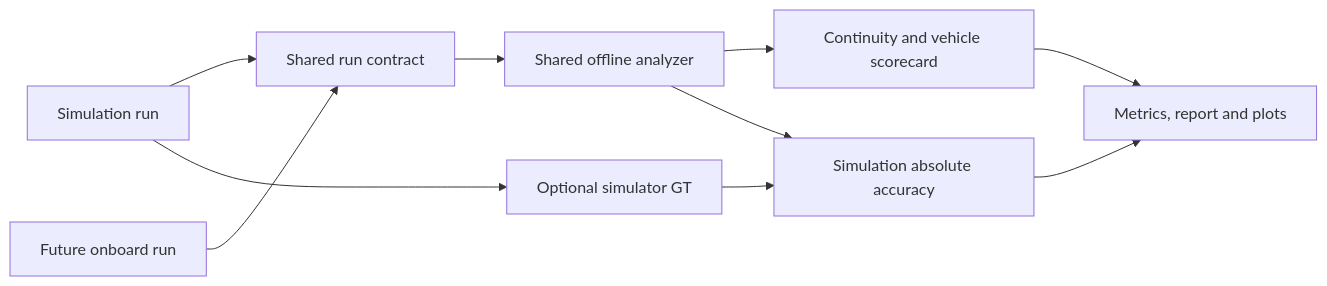
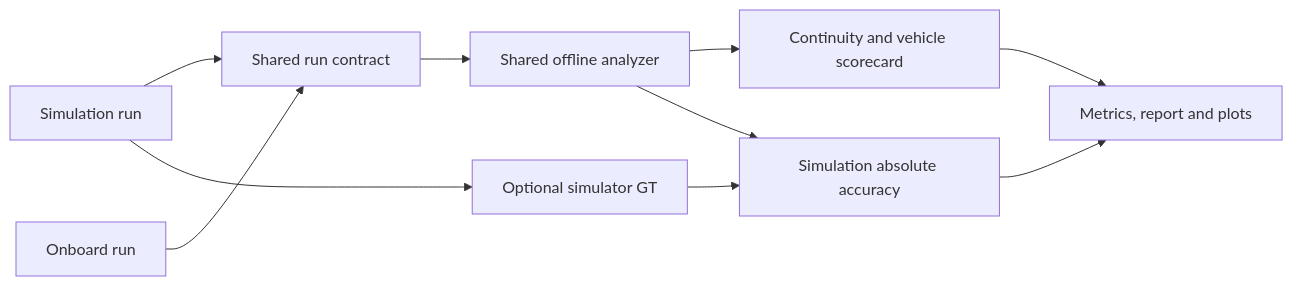
The second of 2 diagrams in docs/LOCALIZATION_SIMULATION.md (mingguangZhou/f1tenth_dev), drawn with Mermaid before and after one commit. The commit also changed other lines of this file and 9 other files, not shown here.

Commit message:
Add initial onboard data logging pipeline, to be tested

````diff
--- a/docs/LOCALIZATION_SIMULATION.md
+++ b/docs/LOCALIZATION_SIMULATION.md
@@ -224,12 +227,12 @@
 ```mermaid
 flowchart LR
   SIM["Simulation run"] --> DATA["Shared run contract"]
-  ONBOARD["Future onboard run"] --> DATA
+  ONBOARD["Onboard run"] --> DATA
   DATA --> ANALYZE["Shared offline analyzer"]
   ANALYZE --> COMMON["Continuity and vehicle scorecard"]
   SIM --> GT["Optional simulator GT"]
   GT --> ACCURACY["Simulation absolute accuracy"]
   ANALYZE --> ACCURACY
   COMMON --> REPORT["Metrics, report and plots"]
   ACCURACY --> REPORT
 ```
````
